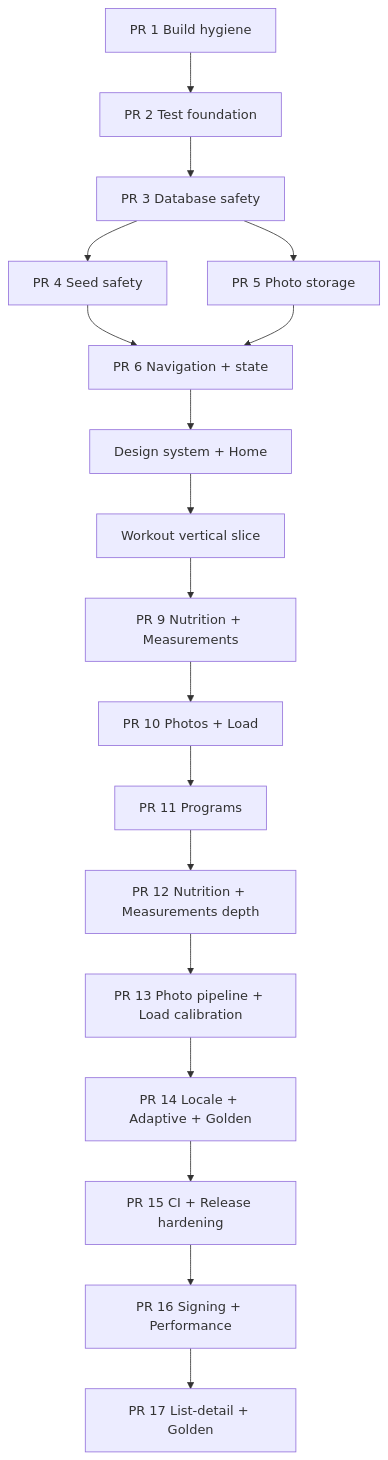
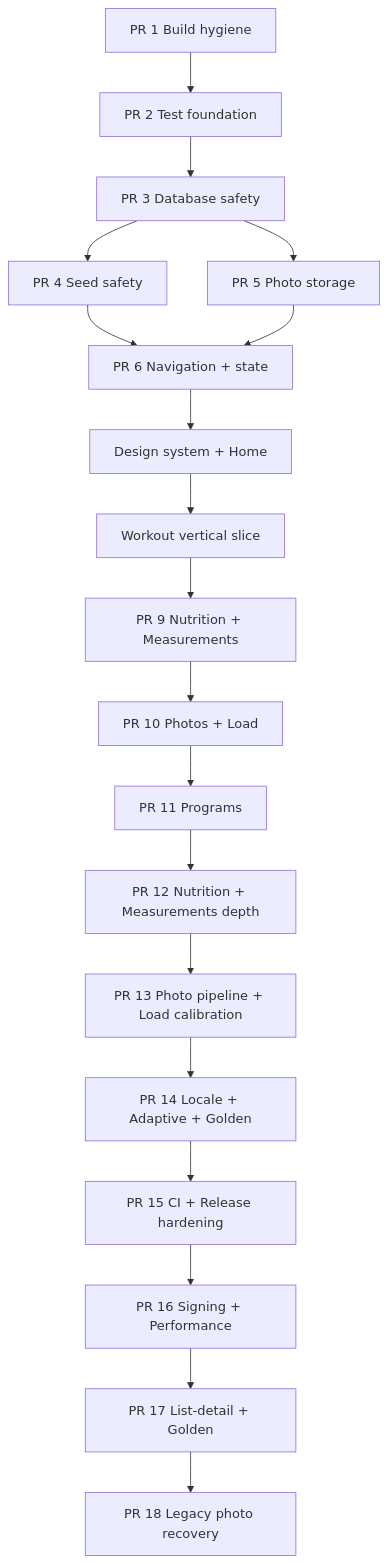
One commit to MehmetKucukOfficial/GymTracker changed the diagram in docs/obsidian/roadmap/ROADMAP_EXECUTION_GRAPH.md. Above: the diagram before and after it, drawn with Mermaid. The commit also changed other lines of this file and 7 other files, not shown here.

Commit message:
docs: map legacy photo recovery

````diff
--- a/docs/obsidian/roadmap/ROADMAP_EXECUTION_GRAPH.md
+++ b/docs/obsidian/roadmap/ROADMAP_EXECUTION_GRAPH.md
@@ -14,20 +14,21 @@
 ```mermaid
 flowchart TD
     PR1[PR 1 Build hygiene] --> PR2[PR 2 Test foundation]
     PR2 --> PR3[PR 3 Database safety]
     PR3 --> PR4[PR 4 Seed safety]
     PR3 --> PR5[PR 5 Photo storage]
     PR4 --> PR6[PR 6 Navigation + state]
     PR5 --> PR6
     PR6 --> UI[Design system + Home]
     UI --> WO[Workout vertical slice]
     WO --> N[PR 9 Nutrition + Measurements]
     N --> P[PR 10 Photos + Load]
     P --> PG[PR 11 Programs]
     PG --> ND[PR 12 Nutrition + Measurements depth]
     ND --> PC[PR 13 Photo pipeline + Load calibration]
     PC --> AL[PR 14 Locale + Adaptive + Golden]
     AL --> B[PR 15 CI + Release hardening]
     B --> RP[PR 16 Signing + Performance]
     RP --> LG[PR 17 List-detail + Golden]
+    LG --> LR[PR 18 Legacy photo recovery]
 ```
````
